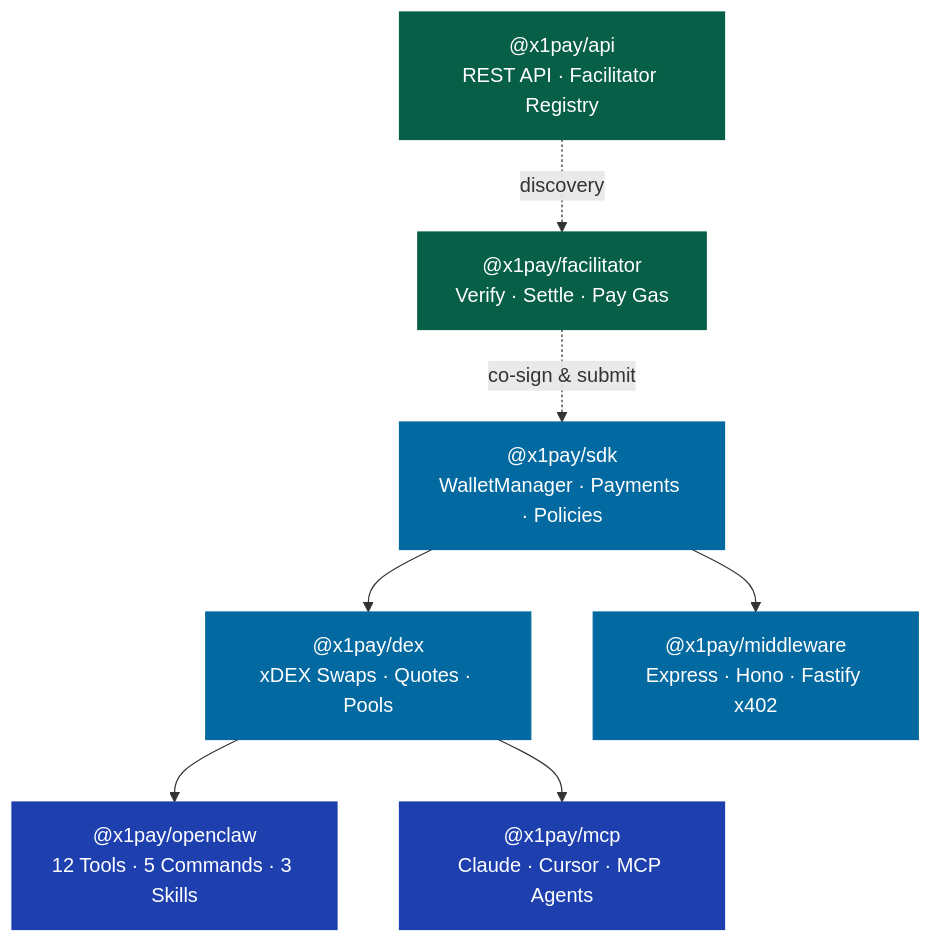
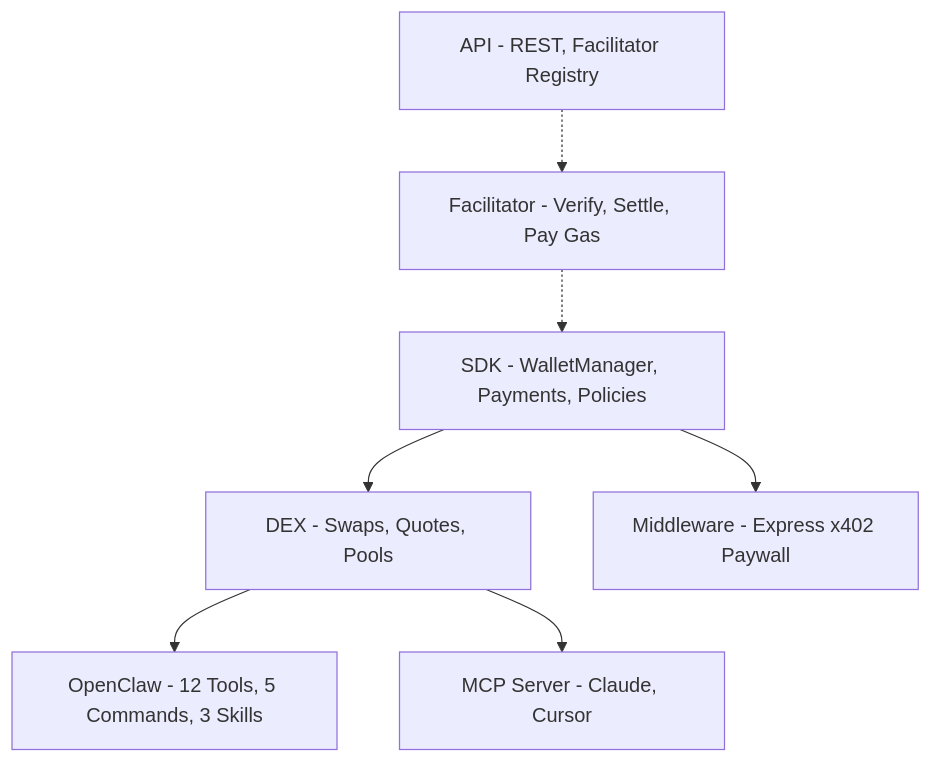
One commit to Xenian84/x1pays changed the first of 2 diagrams in README.md. Above: the diagram before and after it, drawn with Mermaid. The commit also changed other lines of this file, not shown here.

Commit message:
Fix Mermaid diagrams — remove special characters causing render failure

````diff
--- a/README.md
+++ b/README.md
@@ -9,25 +9,17 @@
 ```mermaid
 graph TD
-    SDK["@x1pay/sdk<br/>WalletManager · Payments · Policies"]
-    DEX["@x1pay/dex<br/>xDEX Swaps · Quotes · Pools"]
-    MW["@x1pay/middleware<br/>Express · Hono · Fastify x402"]
-    OC["@x1pay/openclaw<br/>12 Tools · 5 Commands · 3 Skills"]
-    MCP["@x1pay/mcp<br/>Claude · Cursor · MCP Agents"]
-    FAC["@x1pay/facilitator<br/>Verify · Settle · Pay Gas"]
-    API["@x1pay/api<br/>REST API · Facilitator Registry"]
+    SDK[SDK - WalletManager, Payments, Policies]
+    DEX[DEX - Swaps, Quotes, Pools]
+    MW[Middleware - Express x402 Paywall]
+    OC[OpenClaw - 12 Tools, 5 Commands, 3 Skills]
+    MCP[MCP Server - Claude, Cursor]
+    FAC[Facilitator - Verify, Settle, Pay Gas]
+    API[API - REST, Facilitator Registry]
 
     SDK --> DEX
     SDK --> MW
     DEX --> OC
     DEX --> MCP
-    FAC -.->|"co-sign & submit"| SDK
-    API -.->|"discovery"| FAC
-
-    style SDK fill:#0369A1,stroke:#0369A1,color:#fff
-    style DEX fill:#0369A1,stroke:#0369A1,color:#fff
-    style MW fill:#0369A1,stroke:#0369A1,color:#fff
-    style OC fill:#1e40af,stroke:#1e40af,color:#fff
-    style MCP fill:#1e40af,stroke:#1e40af,color:#fff
-    style FAC fill:#065f46,stroke:#065f46,color:#fff
-    style API fill:#065f46,stroke:#065f46,color:#fff
+    FAC -.-> SDK
+    API -.-> FAC
 ```
````
